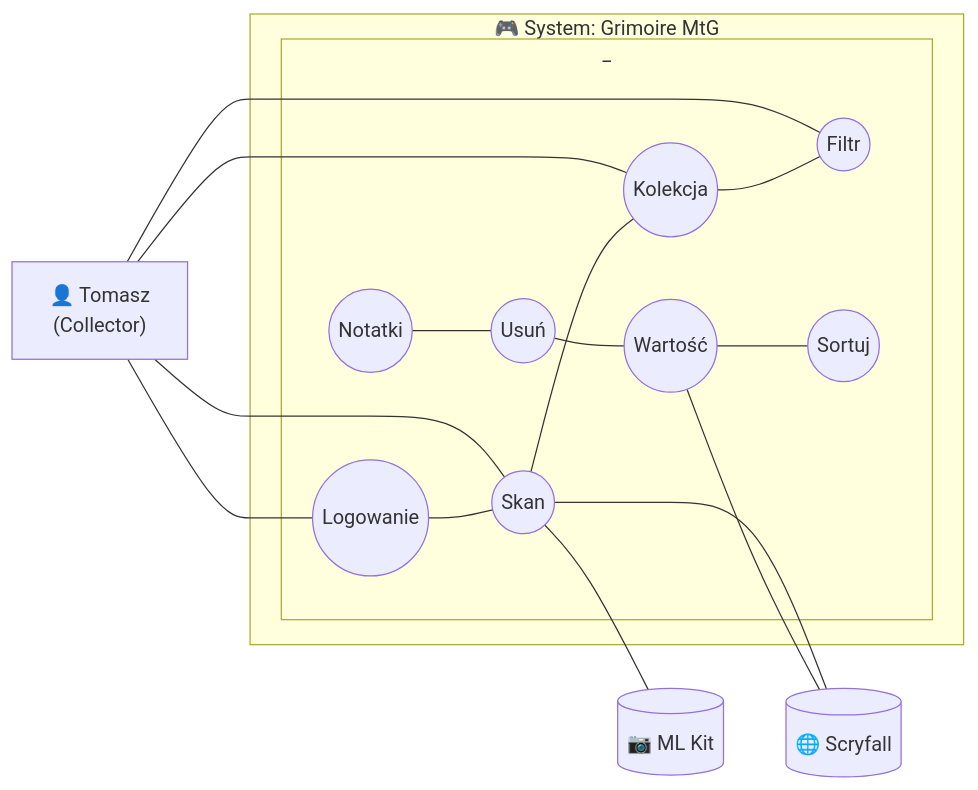
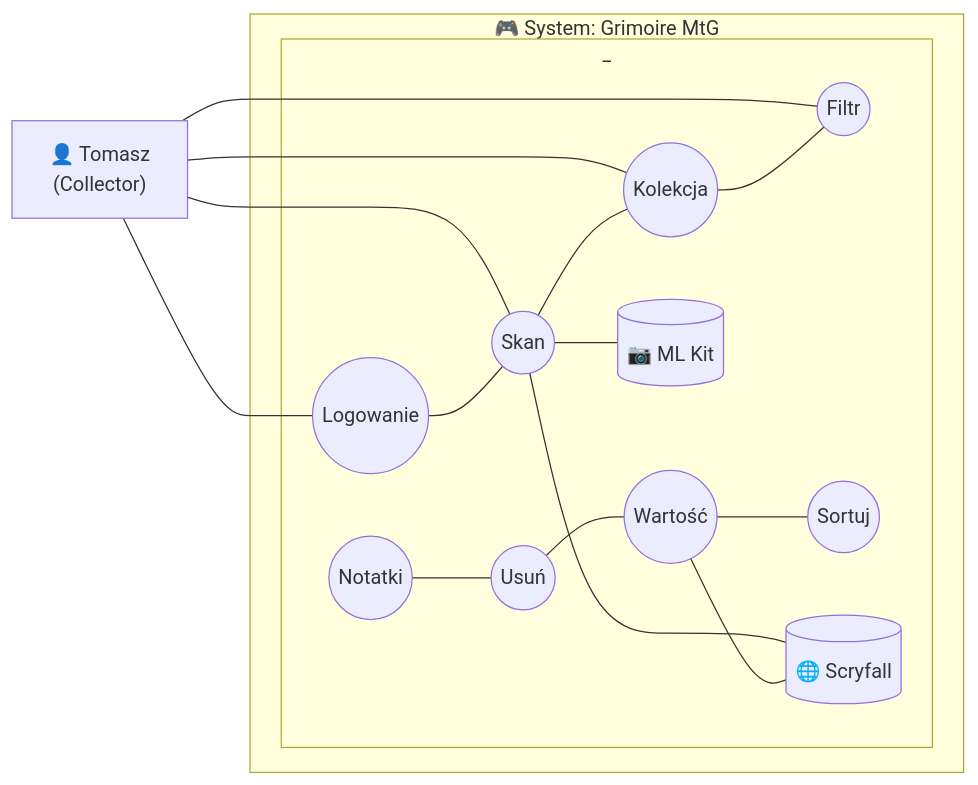
Before and after one commit to IO-2026-Pryncypalki/Grimoire_MTG: the second of 3 diagrams in docs/zadanie3/przypadki_uml.md, drawn with Mermaid. The commit also changed 2 other files, not shown here.

Commit message:
dodano_polskie_znaki_w_diagramie_sekwencji

````diff
--- a/docs/zadanie3/przypadki_uml.md
+++ b/docs/zadanie3/przypadki_uml.md
@@ -61,37 +61,40 @@
 ```mermaid
 graph LR
     Tomasz["👤 Tomasz\n(Collector)"]
 
     subgraph Grimoire["🎮 System: Grimoire MtG"]
 
         subgraph _
             UC01(("Logowanie"))
             UC03(("Skan"))
             UC05(("Kolekcja"))
             UC08(("Filtr"))
         end
 
         subgraph _
             UC13(("Notatki"))
             UC14(("Usuń"))
             UC15(("Wartość"))
             UC16(("Sortuj"))
         end
+        subgraph _
+            Scryfall[("🌐 Scryfall")]
+            MLKit[("📷 ML Kit")]
+        end
     end
 
-    Scryfall[("🌐 Scryfall")]
-    MLKit[("📷 ML Kit")]
+
 
     Tomasz --- UC01
     Tomasz --- UC03
     Tomasz --- UC05
     Tomasz --- UC08
 
     %% poziomy układ
     UC01 --- UC03 --- UC05 --- UC08
     UC13 --- UC14 --- UC15 --- UC16
 
     UC03 --- MLKit
     UC03 --- Scryfall
     UC15 --- Scryfall
 ```
````
